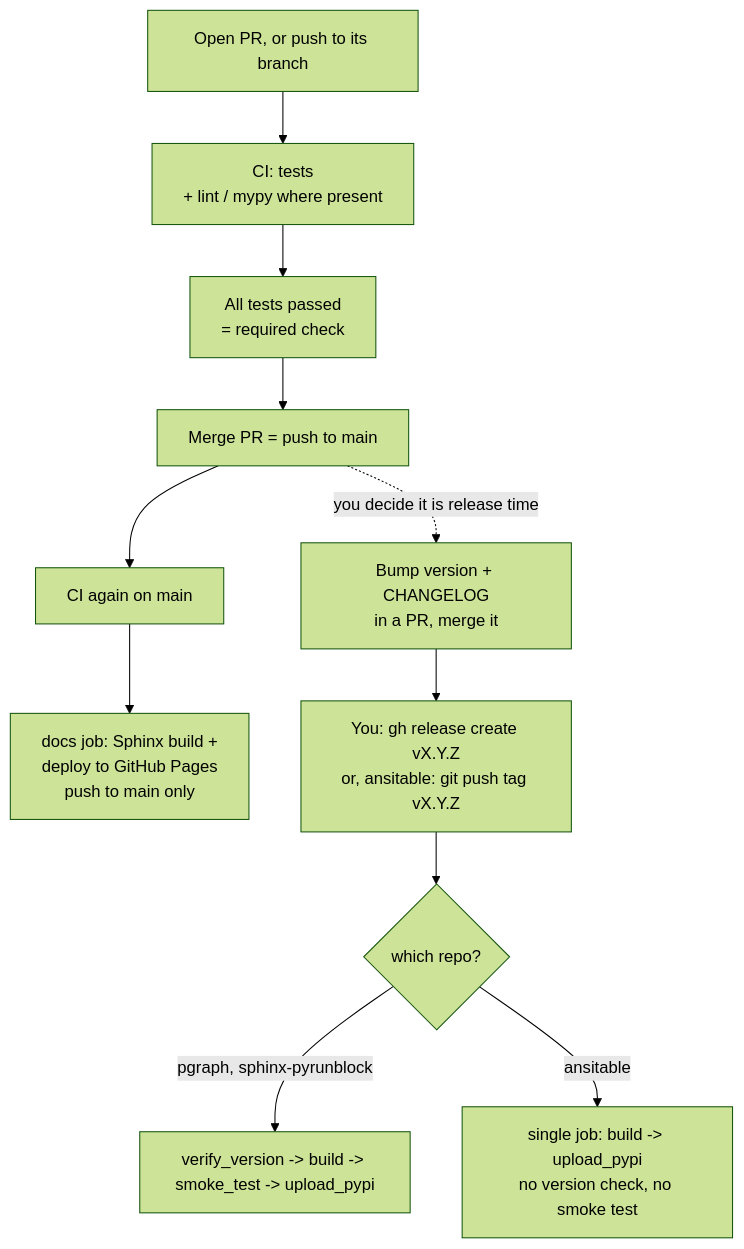
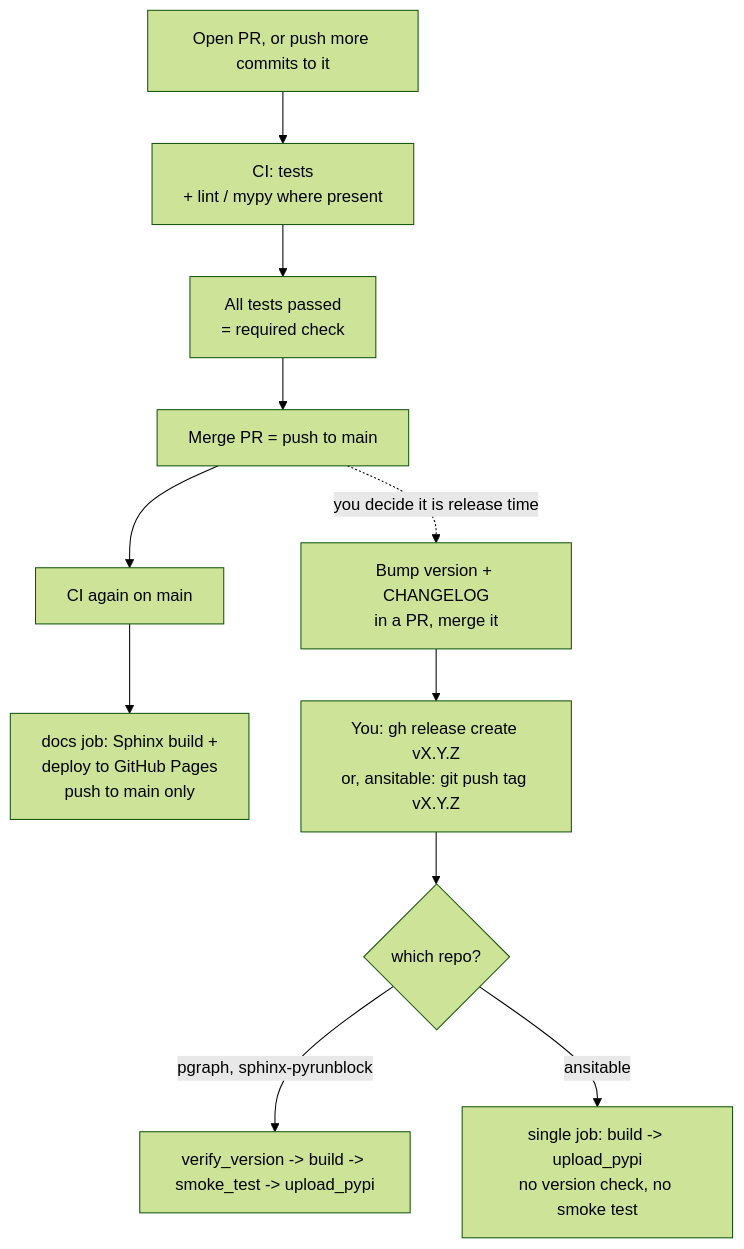
One commit to petercorke/rvc-ecosystem changed the fifth of 5 diagrams in CI.md. Above: the diagram before and after it, drawn with Mermaid (forest theme). The commit also changed other lines of this file, not shown here.

Commit message:
docs(ci): tidy branch wording

````diff
--- a/CI.md
+++ b/CI.md
@@ -184,13 +184,13 @@
 ```mermaid
 flowchart TD
-    PRO[Open PR, or push to its branch] --> CI[CI: tests<br/>+ lint / mypy where present]
+    PRO[Open PR, or push more commits to it] --> CI[CI: tests<br/>+ lint / mypy where present]
     CI --> ATP[All tests passed<br/>= required check]
     ATP --> MRG[Merge PR = push to main]
     MRG --> CI2[CI again on main]
     CI2 --> DOCS[docs job: Sphinx build +<br/>deploy to GitHub Pages<br/>push to main only]
     MRG -. you decide it is release time .-> VER[Bump version + CHANGELOG<br/>in a PR, merge it]
     VER --> REL[You: gh release create vX.Y.Z<br/>or, ansitable: git push tag vX.Y.Z]
     REL --> PUB{which repo?}
     PUB -- pgraph, sphinx-pyrunblock --> V[verify_version -> build -> smoke_test -> upload_pypi]
     PUB -- ansitable --> A[single job: build -> upload_pypi<br/>no version check, no smoke test]
 ```
````
